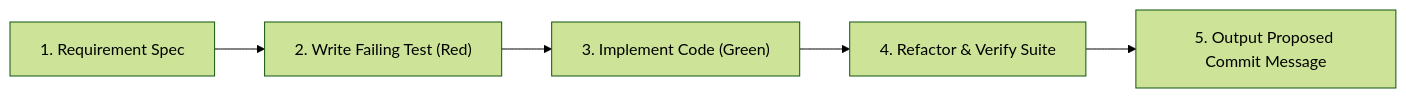
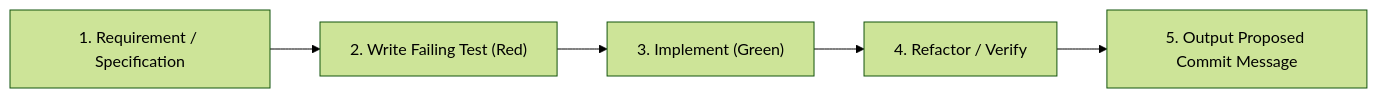
Before and after one commit to jayam04/greenline: the diagram in .agents/skills/test-driven-development/SKILL.md, drawn with Mermaid (forest theme). The commit also changed other lines of this file and 5 other files, not shown here.

````diff
--- a/.agents/skills/test-driven-development/SKILL.md
+++ b/.agents/skills/test-driven-development/SKILL.md
@@ -17,7 +17,7 @@
 ```mermaid
 graph LR
-    A["1. Requirement Spec"] --> B["2. Write Failing Test (Red)"]
-    B --> C["3. Implement Code (Green)"]
-    C --> D["4. Refactor & Verify Suite"]
+    A["1. Requirement / Specification"] --> B["2. Write Failing Test (Red)"]
+    B --> C["3. Implement (Green)"]
+    C --> D["4. Refactor / Verify"]
     D --> E["5. Output Proposed Commit Message"]
 ```
````
